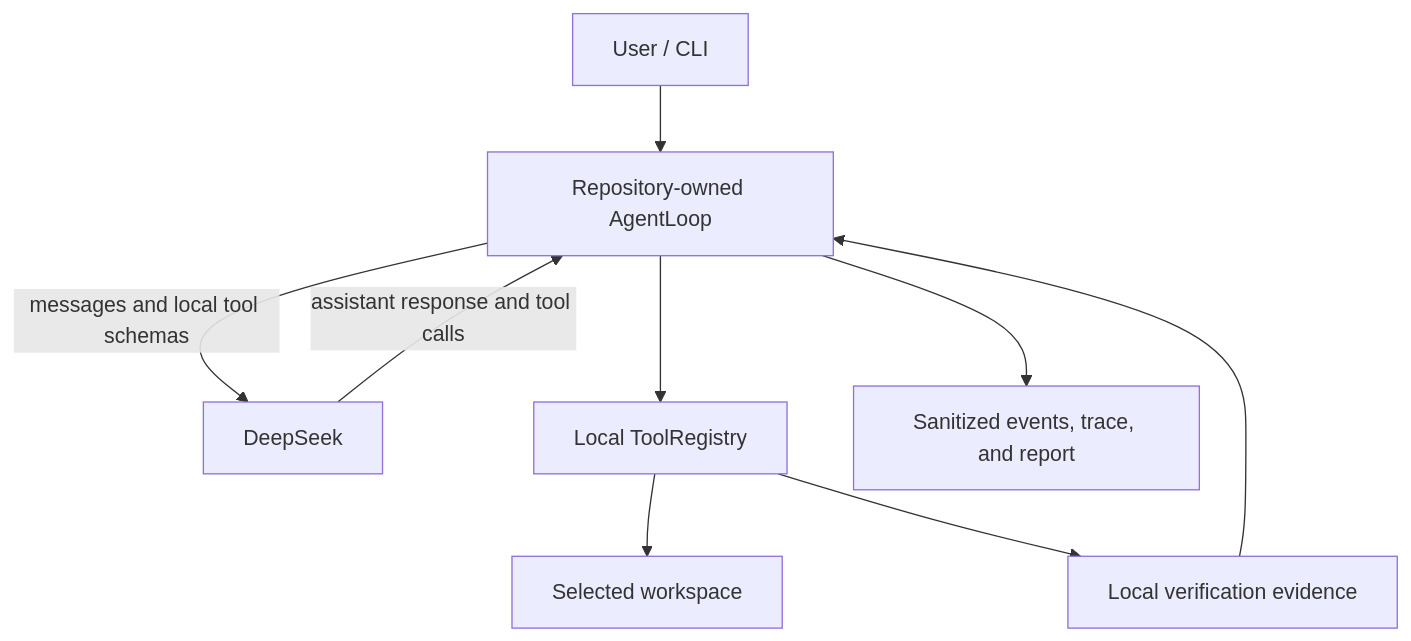
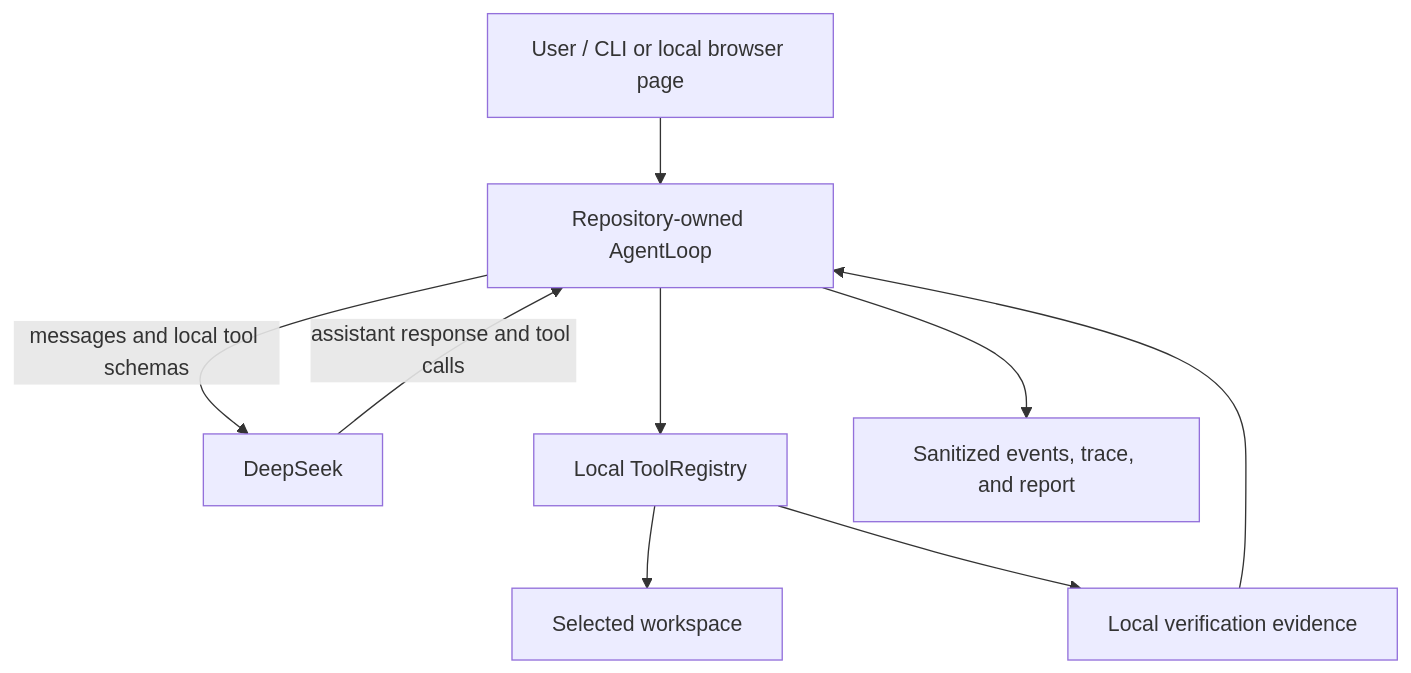
The diagram in README.md (mingbochen/proofcoder), drawn with Mermaid before and after one commit. The commit also changed other lines of this file and 15 other files, not shown here.

````diff
--- a/README.md
+++ b/README.md
@@ -25,11 +25,11 @@
 ```mermaid
 flowchart TD
-    U[User / CLI] --> A[Repository-owned AgentLoop]
+    U[User / CLI or local browser page] --> A[Repository-owned AgentLoop]
     A -->|messages and local tool schemas| D[DeepSeek]
     D -->|assistant response and tool calls| A
     A --> T[Local ToolRegistry]
     T --> W[Selected workspace]
     T --> V[Local verification evidence]
     A --> E[Sanitized events, trace, and report]
     V --> A
 ```
````
